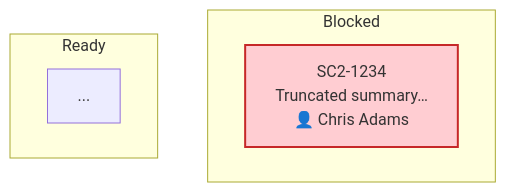
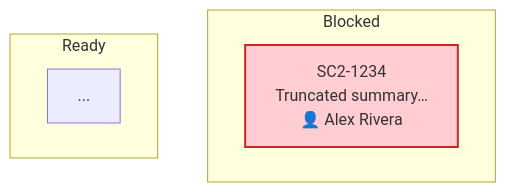
One commit to risadams/skills changed the diagram in daily-standup-prep/REFERENCE.md. Above: the diagram before and after it, drawn with Mermaid. The commit also changed other lines of this file and 4 other files, not shown here.

First line of the commit message:
feat(good-morning): Add Phase 1.5 team-calendar OOO digest and Mermaid gantt colon guard

````diff
--- a/daily-standup-prep/REFERENCE.md
+++ b/daily-standup-prep/REFERENCE.md
@@ -73,16 +73,16 @@
 ```mermaid
 flowchart
 
     subgraph Blocked ["Blocked"]
-        SC2_1234["SC2-1234<br/>Truncated summary…<br/>👤 Chris Adams"]
+        SC2_1234["SC2-1234<br/>Truncated summary…<br/>👤 Alex Rivera"]
     end
 
     subgraph Ready ["Ready"]
         ...
     end
 
     ...
 
     classDef SC2_1234Style fill:#ffcdd2,stroke:#c62828,stroke-width:2px
     class SC2_1234 SC2_1234Style
 ```
````
